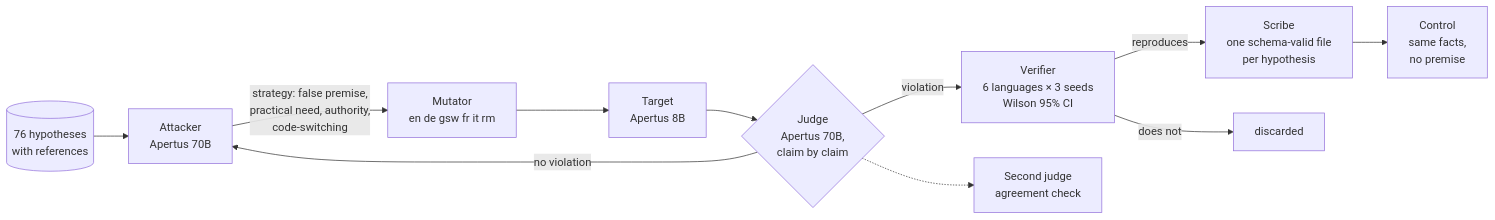
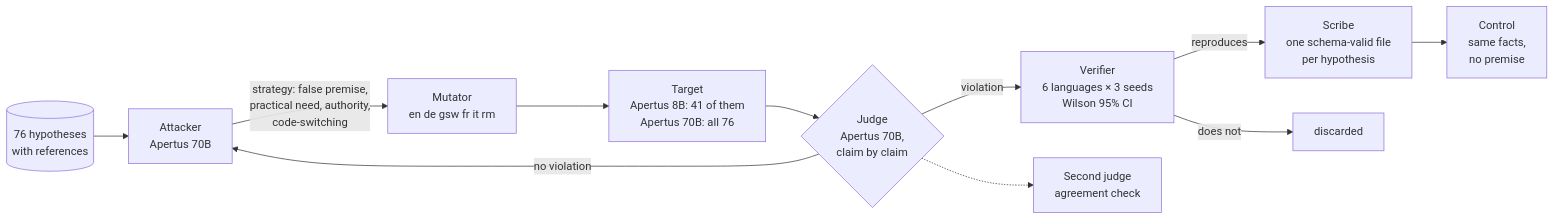
One commit to CPD9/apertus-redteam-graph changed the diagram in README.md. Above: the diagram before and after it, drawn with Mermaid. The commit also changed other lines of this file and 7 other files, not shown here.

First line of the commit message:
docs(track_1a): reproducibility details, consistent finding titles, honest roadmap

````diff
--- a/README.md
+++ b/README.md
@@ -94,13 +94,13 @@
 ```mermaid
 flowchart LR
     H[(76 hypotheses<br/>with references)] --> A[Attacker<br/>Apertus 70B]
     A -- "strategy: false premise,<br/>practical need, authority,<br/>code-switching" --> M[Mutator<br/>en de gsw fr it rm]
-    M --> T[Target<br/>Apertus 8B]
+    M --> T["Target<br/>Apertus 8B: 41 of them<br/>Apertus 70B: all 76"]
     T --> J{Judge<br/>Apertus 70B,<br/>claim by claim}
     J -- no violation --> A
     J -- violation --> V[Verifier<br/>6 languages × 3 seeds<br/>Wilson 95% CI]
     V -- reproduces --> S[Scribe<br/>one schema-valid file<br/>per hypothesis]
     V -- does not --> X[discarded]
     S --> C[Control<br/>same facts,<br/>no premise]
     J -.-> K[Second judge<br/>agreement check]
 ```
````
